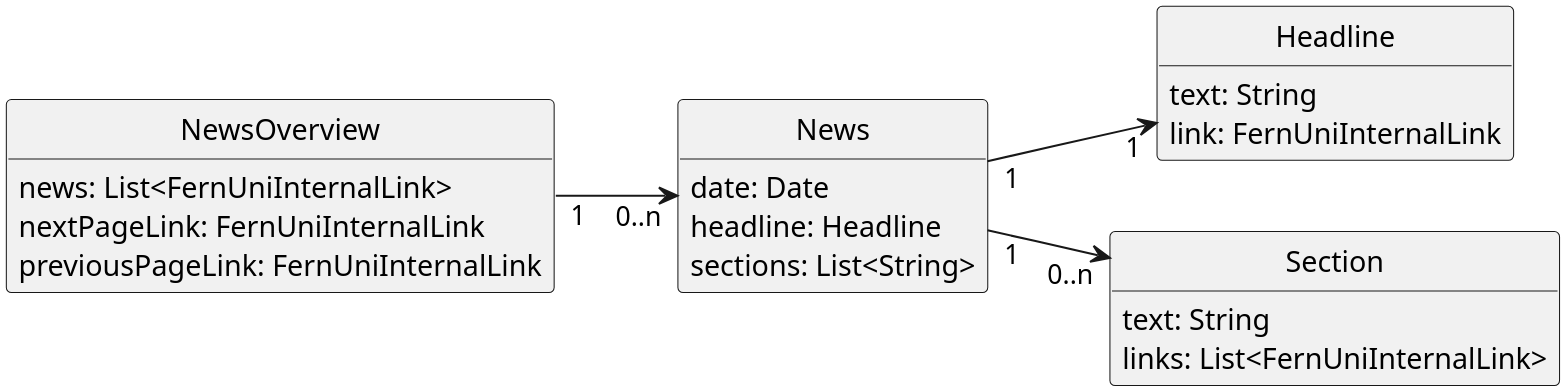
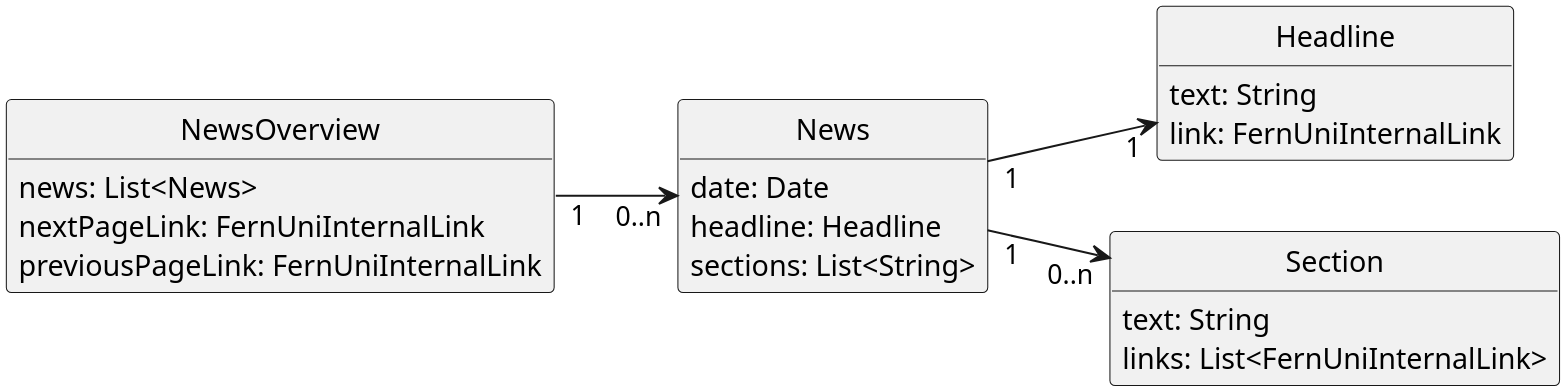
The diagram in src/main/resources/findings/case-study-2/model.plantuml (TheGreyKoala/master-thesis), drawn with PlantUML before and after one commit. The commit also changed 41 other files, not shown here.

```diff
--- a/src/main/resources/findings/case-study-2/model.plantuml
+++ b/src/main/resources/findings/case-study-2/model.plantuml
@@ -1,32 +1,32 @@
 @startuml
 scale 3.25
 hide circle
 hide empty methods
 left to right direction
 
 class NewsOverview {
-    news: List<FernUniInternalLink>
+    news: List<News>
     nextPageLink: FernUniInternalLink
     previousPageLink: FernUniInternalLink
 }
 
 class News {
     date: Date
     headline: Headline
     sections: List<String>
 }
 
 class Headline {
     text: String
     link: FernUniInternalLink
 }
 
 class Section {
     text: String
     links: List<FernUniInternalLink>
 }
 
 NewsOverview "1" --> "0..n" News
 News "1" --> "1" Headline
 News "1" --> "0..n" Section
 @enduml
```
